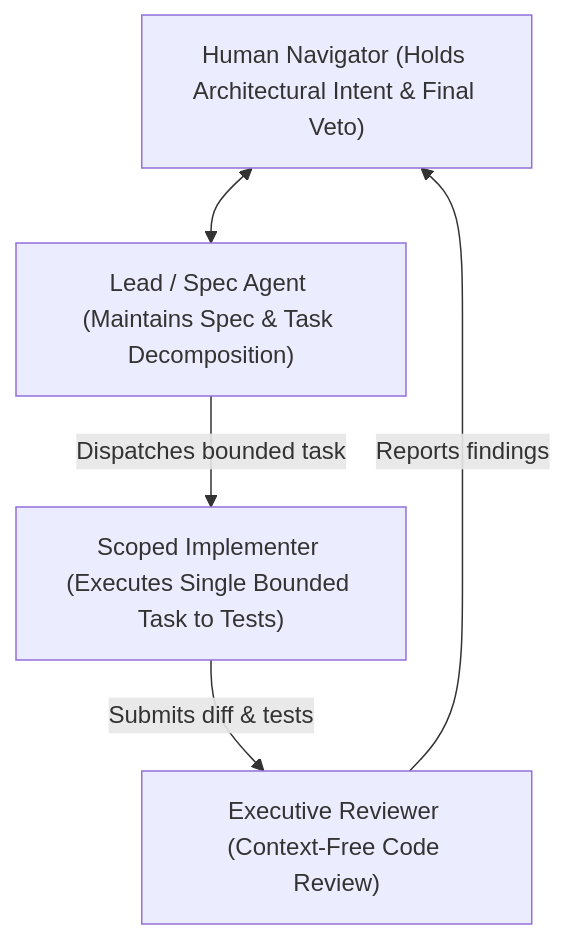
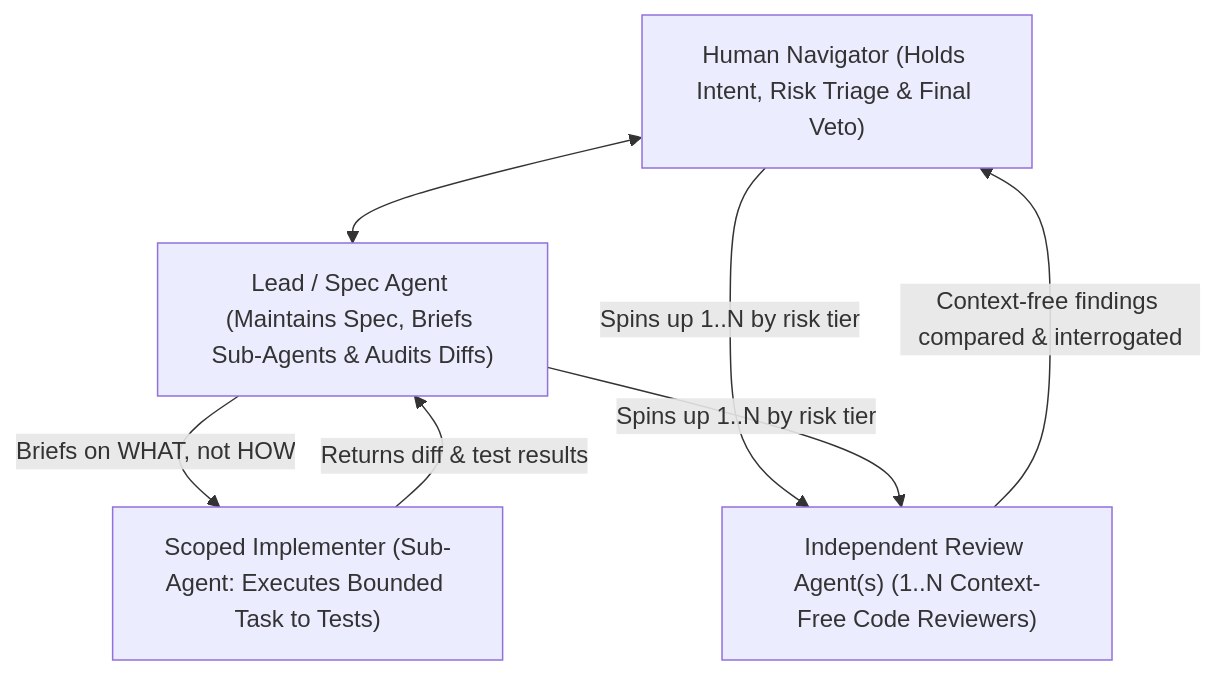
Before and after one commit to AI-Extreme-Programming/aiXP: the diagram in docs/aixp/01.04.50-judgment-and-roles.md, drawn with Mermaid. The commit also changed other lines of this file and 3 other files, not shown here.

````diff
--- a/docs/aixp/01.04.50-judgment-and-roles.md
+++ b/docs/aixp/01.04.50-judgment-and-roles.md
@@ -26,12 +26,13 @@
 ```mermaid
 flowchart TD
-    Human["Human Navigator (Holds Architectural Intent & Final Veto)"]
-    Lead["Lead / Spec Agent (Maintains Spec & Task Decomposition)"]
-    Scoped["Scoped Implementer (Executes Single Bounded Task to Tests)"]
-    Reviewer["Executive Reviewer (Context-Free Code Review)"]
+    Human["Human Navigator (Holds Intent, Risk Triage & Final Veto)"]
+    Lead["Lead / Spec Agent (Maintains Spec, Briefs Sub-Agents & Audits Diffs)"]
+    Scoped["Scoped Implementer (Sub-Agent: Executes Bounded Task to Tests)"]
+    Reviewer["Independent Review Agent(s) (1..N Context-Free Code Reviewers)"]
 
     Human <--> Lead
-    Lead -->|Dispatches bounded task| Scoped
-    Scoped -->|Submits diff & tests| Reviewer
-    Reviewer -->|Reports findings| Human
+    Lead -->|"Briefs on WHAT, not HOW"| Scoped
+    Scoped -->|"Returns diff & test results"| Lead
+    Human & Lead -->|"Spins up 1..N by risk tier"| Reviewer
+    Reviewer -->|"Context-free findings compared & interrogated"| Human
 ```
````
